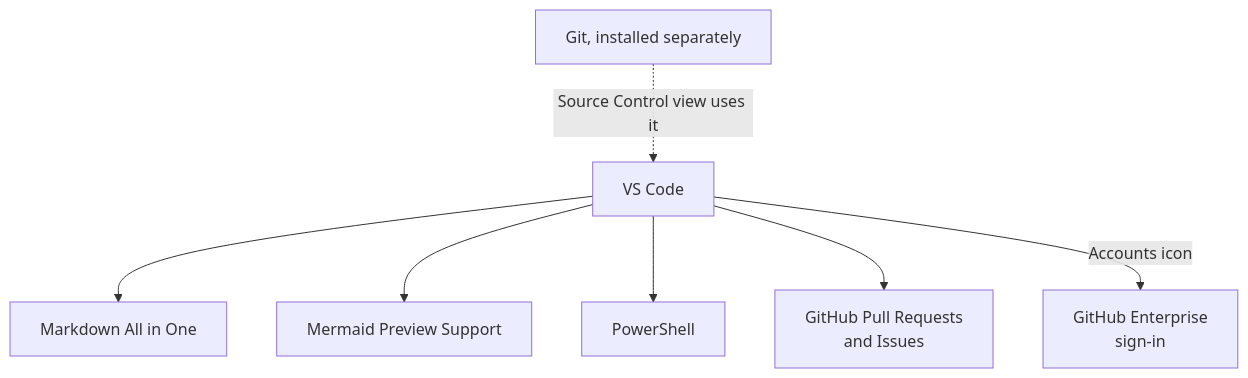
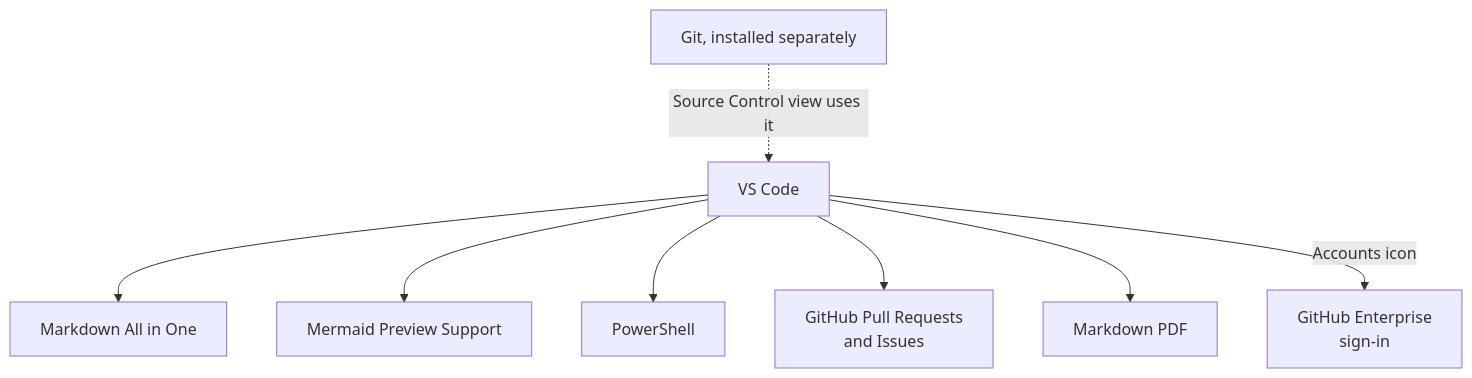
One commit to JeanKadang/DOC-GitHub-Practice-Skills changed the second of 2 diagrams in education/extra/setup-local-dev-environment.md. Above: the diagram before and after it, drawn with Mermaid. The commit also changed other lines of this file and 1 other file, not shown here.

Commit message:
docs: add Markdown PDF extension to recommended-extensions list
Offline reading and printing weren't covered by the existing
extensions table. Markdown PDF also renders Mermaid diagrams in
its export, which matters given how much this program's own
content (and the new examples/ showcase) uses them.

Refs #106

````diff
--- a/education/extra/setup-local-dev-environment.md
+++ b/education/extra/setup-local-dev-environment.md
@@ -85,9 +86,10 @@
 ```mermaid
 flowchart TD
     VSCode[VS Code] --> MD[Markdown All in One]
     VSCode --> Mermaid[Mermaid Preview Support]
     VSCode --> PS[PowerShell]
     VSCode --> GH[GitHub Pull Requests<br/>and Issues]
+    VSCode --> PDF[Markdown PDF]
     VSCode -->|Accounts icon| GHE[GitHub Enterprise<br/>sign-in]
     Git[Git, installed separately] -.->|Source Control view uses it| VSCode
 ```
````
